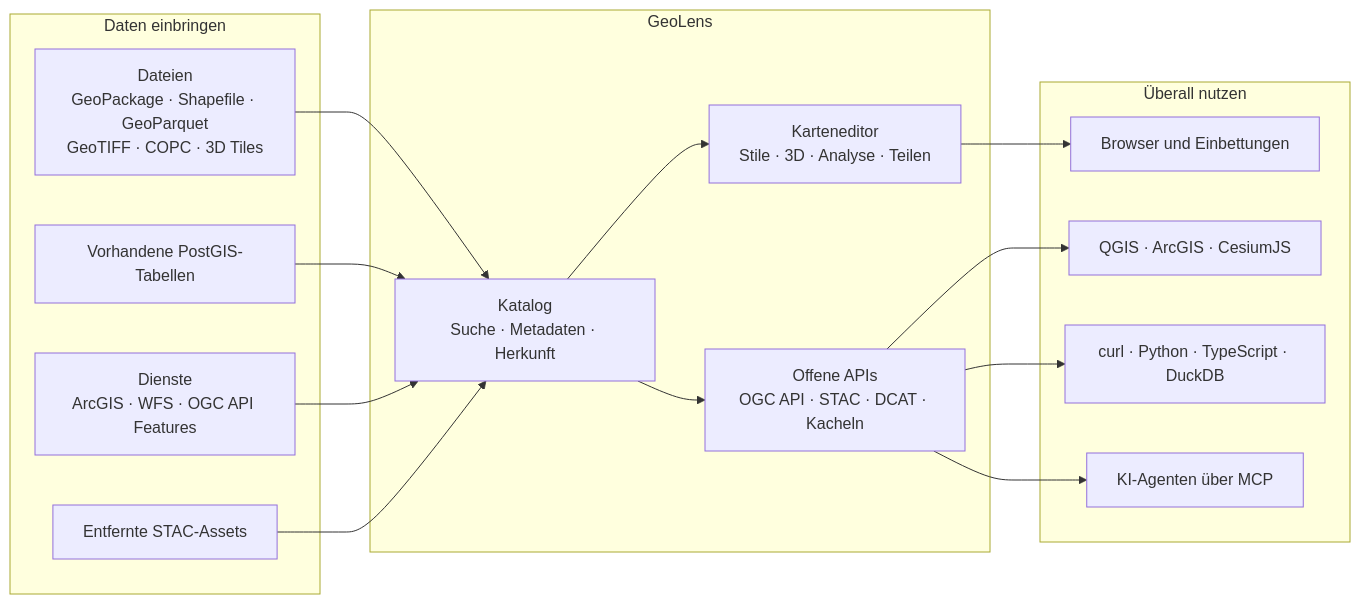
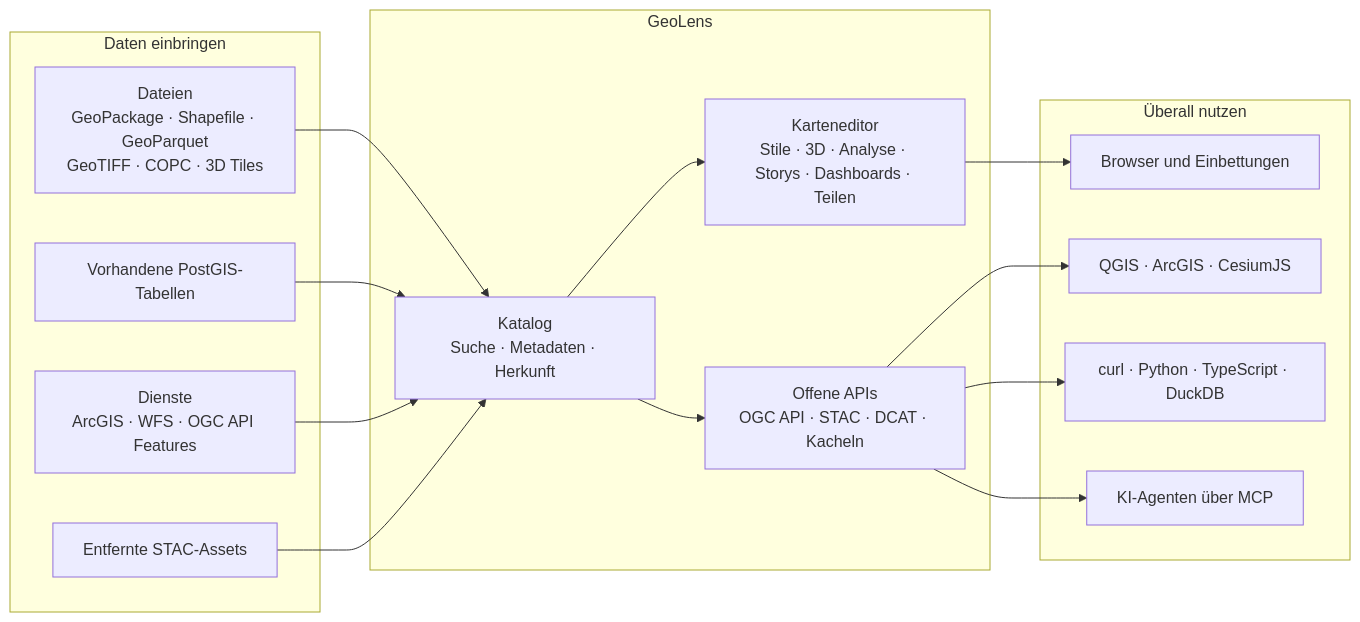
Before and after one commit to geolens-io/geolens: the diagram in README.de.md, drawn with Mermaid. The commit also changed other lines of this file and 11 other files, not shown here.

````diff
--- a/README.de.md
+++ b/README.de.md
@@ -142,23 +142,23 @@
 ```mermaid
 flowchart LR
     subgraph IN ["Daten einbringen"]
       F["Dateien<br/>GeoPackage · Shapefile · GeoParquet<br/>GeoTIFF · COPC · 3D Tiles"]
       DB["Vorhandene PostGIS-Tabellen"]
       SVC["Dienste<br/>ArcGIS · WFS · OGC API Features"]
       ST["Entfernte STAC-Assets"]
     end
     subgraph GL ["GeoLens"]
       CAT["Katalog<br/>Suche · Metadaten · Herkunft"]
-      MB["Karteneditor<br/>Stile · 3D · Analyse · Teilen"]
+      MB["Karteneditor<br/>Stile · 3D · Analyse · Storys · Dashboards · Teilen"]
       STD["Offene APIs<br/>OGC API · STAC · DCAT · Kacheln"]
     end
     subgraph OUT ["Überall nutzen"]
       WEB["Browser und Einbettungen"]
       GIS["QGIS · ArcGIS · CesiumJS"]
       CODE["curl · Python · TypeScript · DuckDB"]
       AG["KI-Agenten über MCP"]
     end
     F & DB & SVC & ST --> CAT
     CAT --> MB --> WEB
     CAT --> STD --> GIS & CODE & AG
 ```
````
